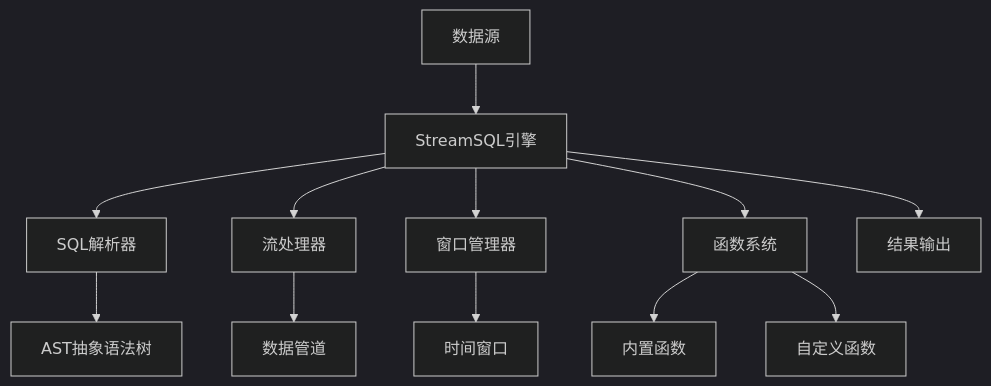
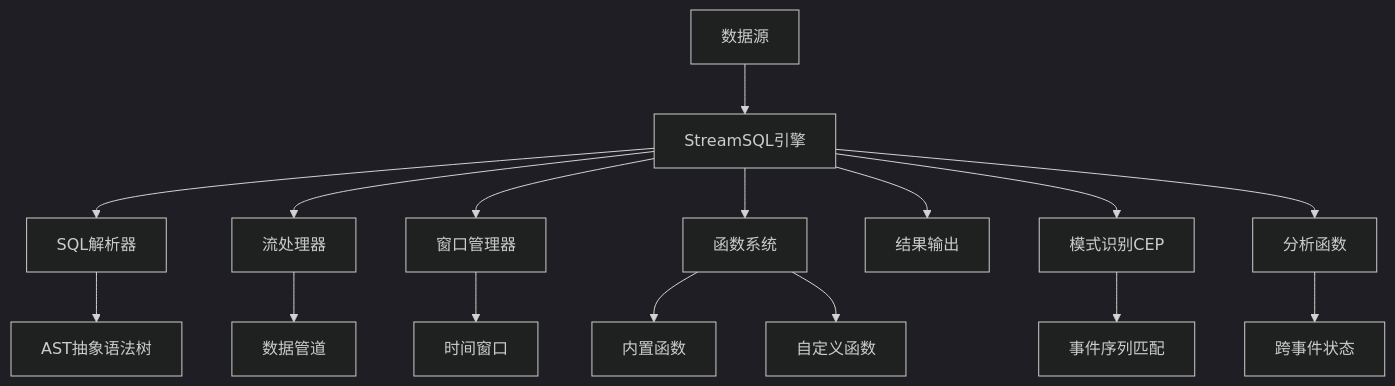
One commit to rulego/rulego-doc changed the diagram in docs/03.StreamSQL/01.概述.md. Above: the diagram before and after it, drawn with Mermaid (dark theme). The commit also changed other lines of this file and 5 other files, not shown here.

Commit message:
docs(StreamSQL): 概述补性能基准、CEP 场景，架构图加 CEP/分析节点

````diff
--- a/docs/03.StreamSQL/01.概述.md
+++ b/docs/03.StreamSQL/01.概述.md
@@ -46,15 +49,19 @@
 ```mermaid
 graph TB
     A[数据源] --> B[StreamSQL引擎]
     B --> C[SQL解析器]
     B --> D[流处理器]
     B --> E[窗口管理器]
     B --> F[函数系统]
     B --> G[结果输出]
+    B --> M[模式识别CEP]
+    B --> N[分析函数]
     
     C --> H[AST抽象语法树]
     D --> I[数据管道]
     E --> J[时间窗口]
     F --> K[内置函数]
     F --> L[自定义函数]
+    M --> O[事件序列匹配]
+    N --> P[跨事件状态]
 ```
````
